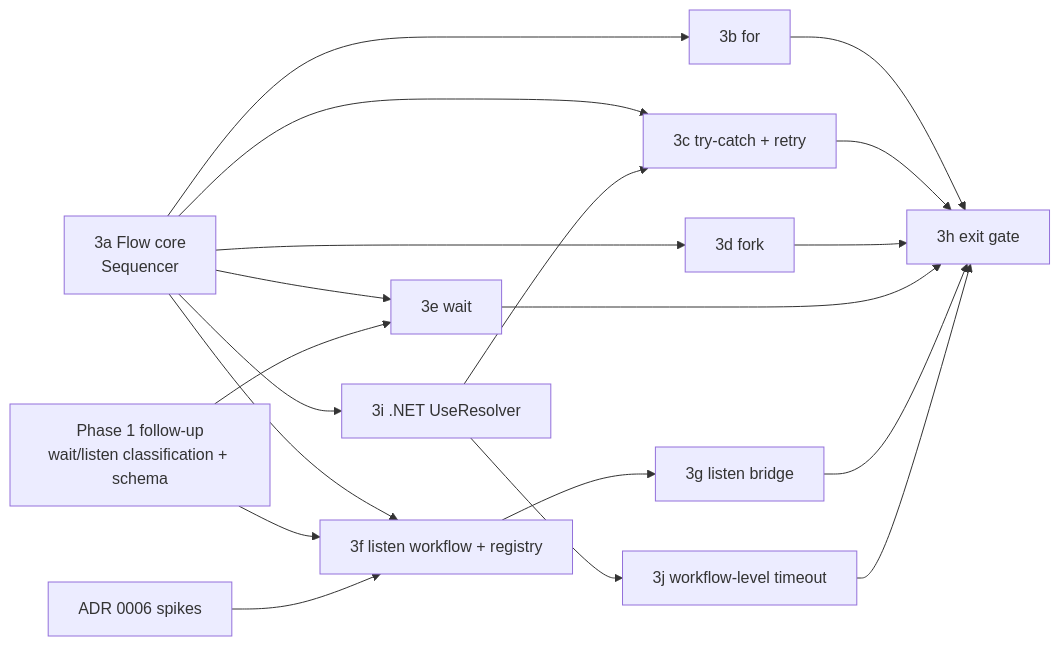
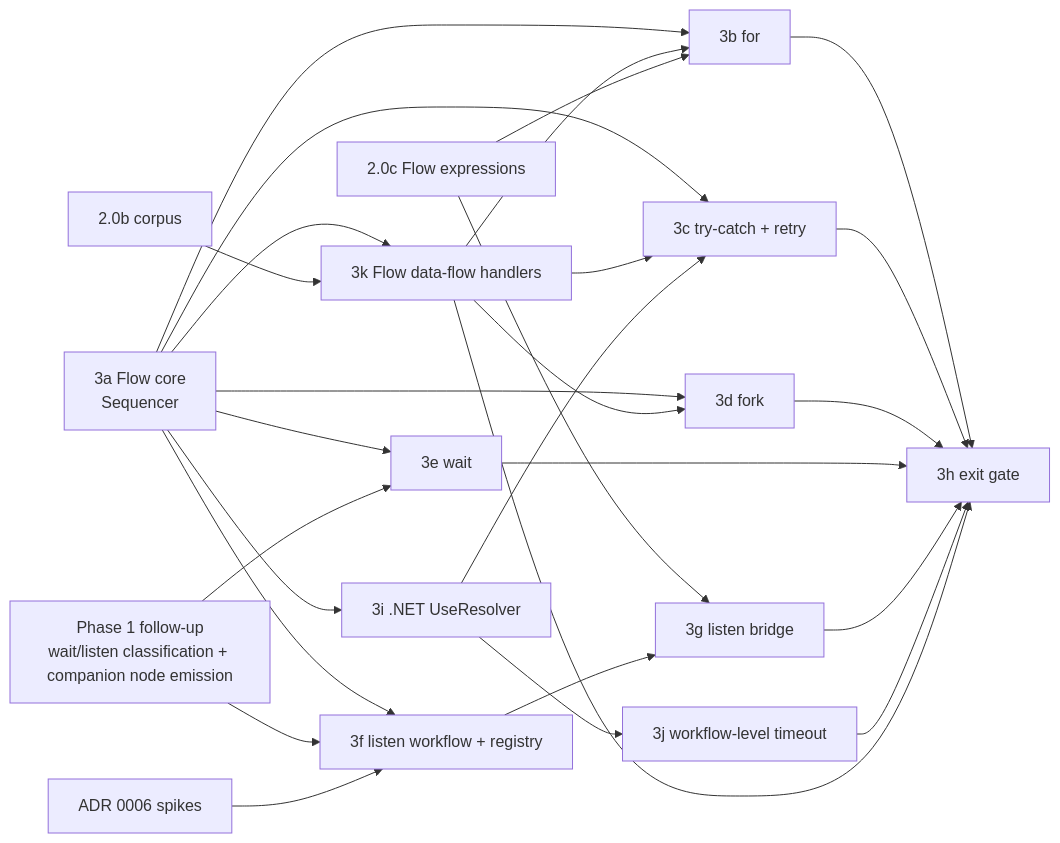
One commit to tonylibs/dapr-workflow-spec changed the third of 3 diagrams in docs/roadmaps/workflow-runtime-architecture-roadmap.md. Above: the diagram before and after it, drawn with Mermaid. The commit also changed other lines of this file and 1 other file, not shown here.

````diff
--- a/docs/roadmaps/workflow-runtime-architecture-roadmap.md
+++ b/docs/roadmaps/workflow-runtime-architecture-roadmap.md
@@ -267,23 +275,33 @@
 ```mermaid
 flowchart LR
-  P1F["Phase 1 follow-up<br/>wait/listen classification + schema"]
+  P1F["Phase 1 follow-up<br/>wait/listen classification + companion node emission"]
+  K0["2.0b corpus"]
+  X0["2.0c Flow expressions"]
   SP["ADR 0006 spikes"]
   A["3a Flow core<br/>Sequencer"] --> B["3b for"]
   A --> C["3c try-catch + retry"]
   A --> D["3d fork"]
   A --> E["3e wait"]
   A --> F["3f listen workflow + registry"]
   A --> I["3i .NET UseResolver"]
+  A --> K["3k Flow data-flow handlers"]
+  K0 --> K
+  K --> B
+  K --> C
+  K --> D
+  X0 --> B
+  X0 --> G
   I --> C
   I --> J["3j workflow-level timeout"]
   P1F --> E
   P1F --> F
   SP --> F
   F --> G["3g listen bridge"]
   B --> H["3h exit gate"]
   C --> H
   D --> H
   E --> H
   G --> H
   J --> H
+  K --> H
 ```
````
